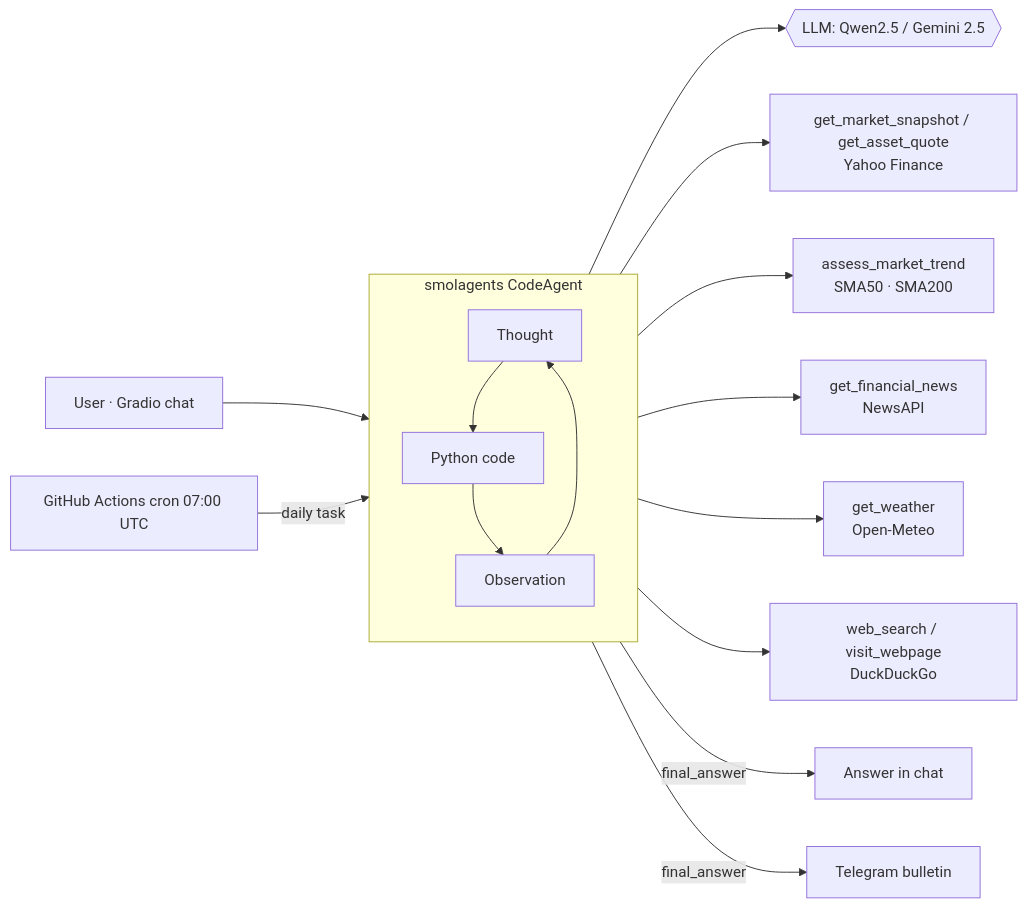
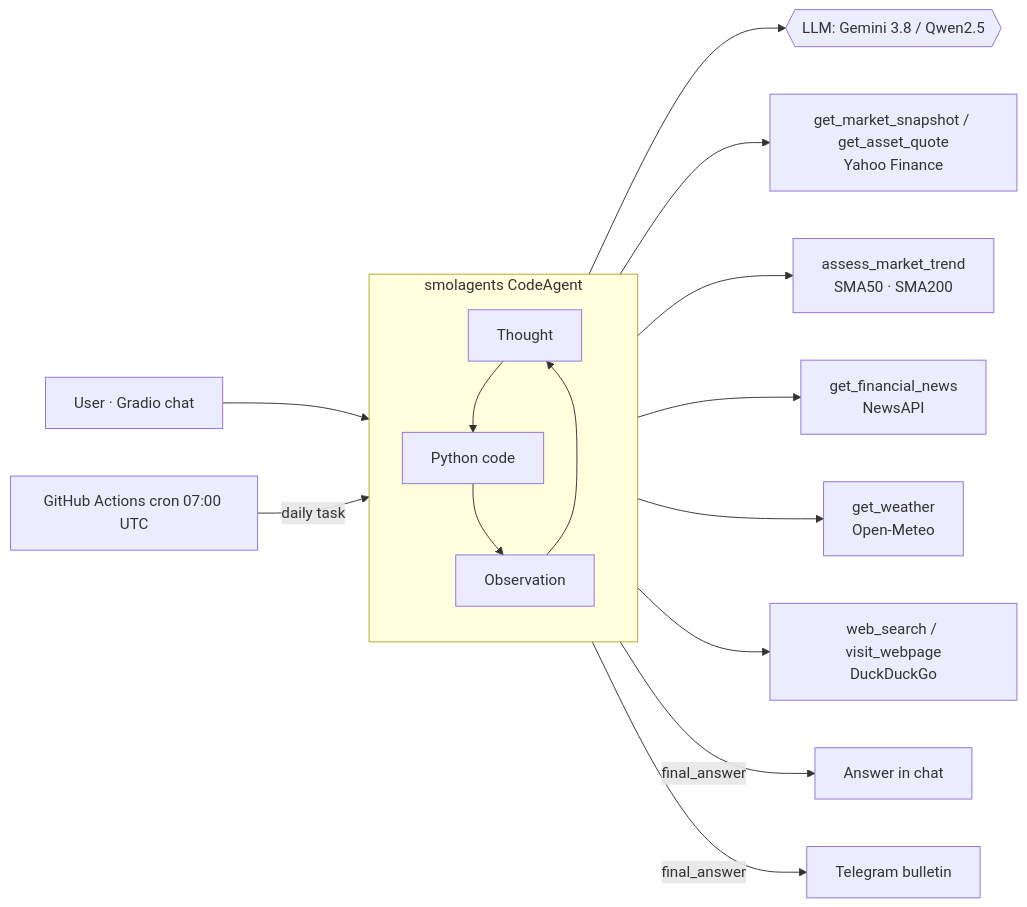
Before and after one commit to rgallegocode/cava-bot: the diagram in README.md, drawn with Mermaid. The commit also changed other lines of this file and 1 other file, not shown here.

First line of the commit message:
Switch default model to gemini-3.8-flash (2.5-flash unavailable for new projects)

````diff
--- a/README.md
+++ b/README.md
@@ -40,17 +40,17 @@
 ```mermaid
 flowchart LR
     U[User · Gradio chat] --> A
     C[GitHub Actions cron 07:00 UTC] -->|daily task| A
     subgraph A[smolagents CodeAgent]
         direction TB
         T[Thought] --> K[Python code] --> O[Observation] --> T
     end
-    A --> M{{LLM: Qwen2.5 / Gemini 2.5}}
+    A --> M{{LLM: Gemini 3.8 / Qwen2.5}}
     A --> T1[get_market_snapshot / get_asset_quote<br/>Yahoo Finance]
     A --> T2[assess_market_trend<br/>SMA50 · SMA200]
     A --> T3[get_financial_news<br/>NewsAPI]
     A --> T4[get_weather<br/>Open-Meteo]
     A --> T5[web_search / visit_webpage<br/>DuckDuckGo]
     A -->|final_answer| R[Answer in chat]
     A -->|final_answer| TG[Telegram bulletin]
 ```
````
